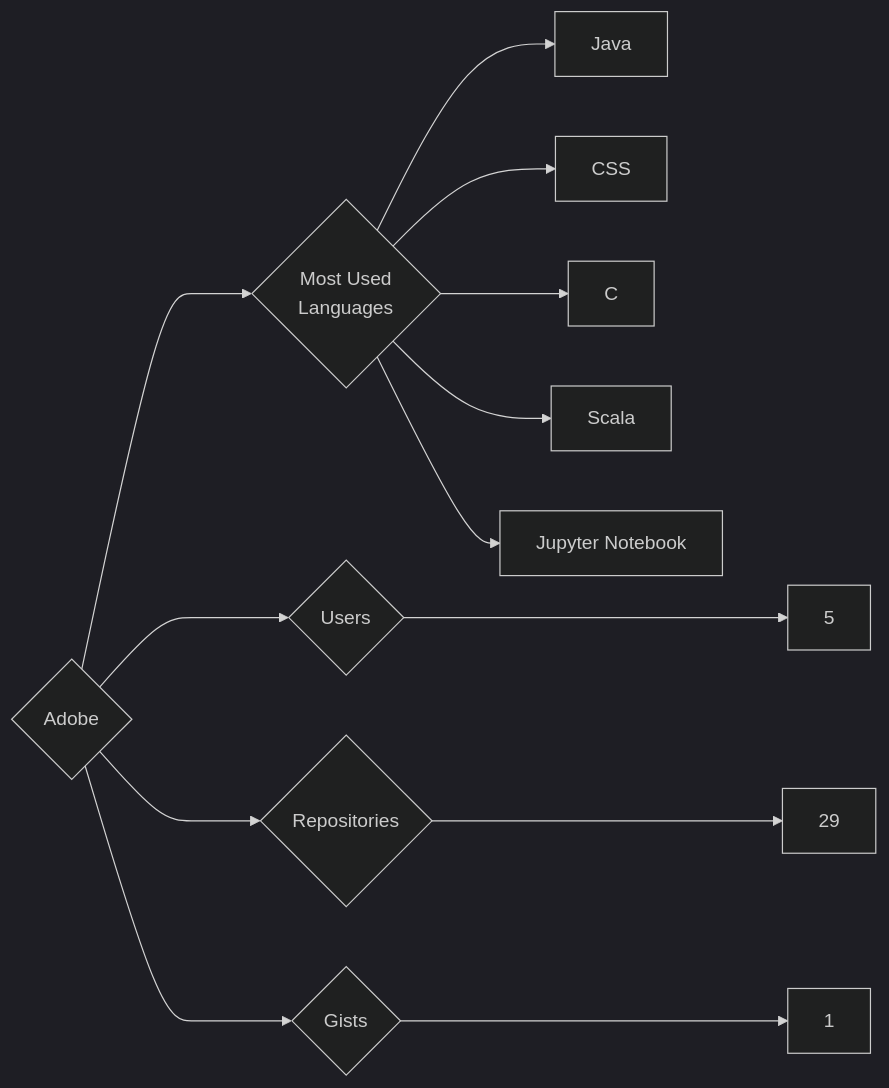
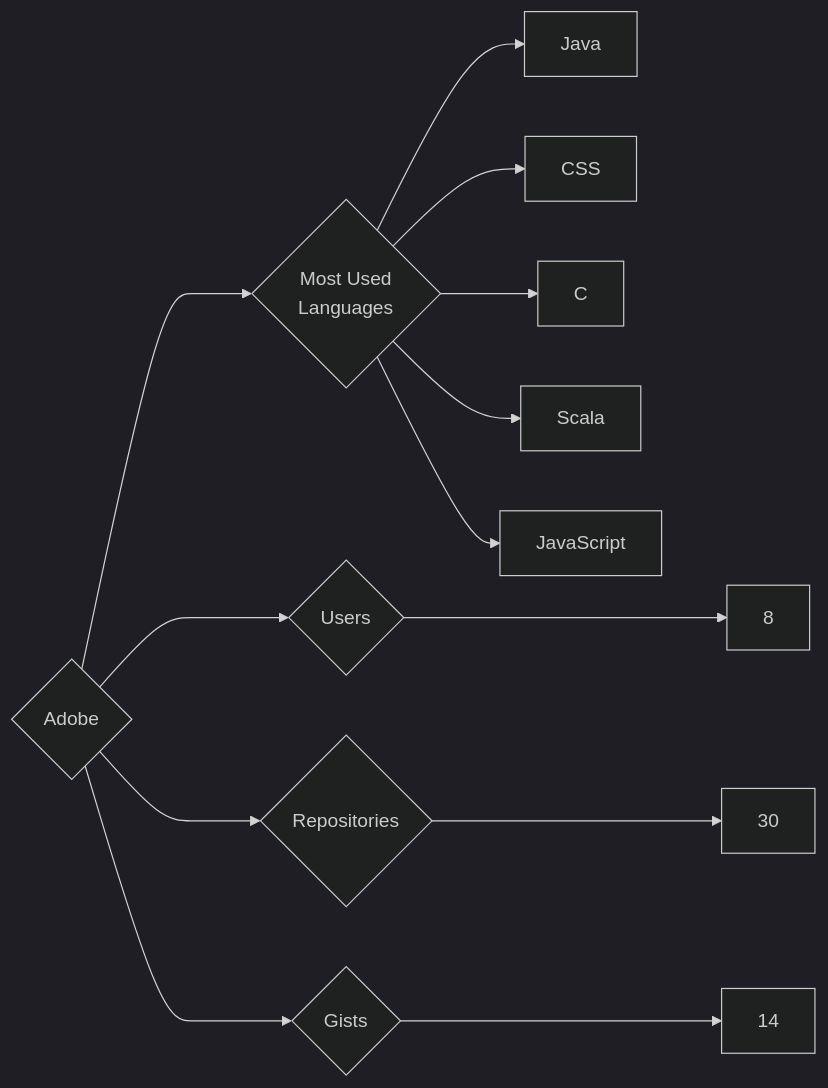
The diagram in targets/Adobe/README.md (trickest/insiders), drawn with Mermaid (dark theme) before and after one commit. The commit also changed 1092 other files, not shown here.

````diff
--- a/targets/Adobe/README.md
+++ b/targets/Adobe/README.md
@@ -3,13 +3,13 @@
 ```mermaid
 graph LR
 COMPANY_NAME{Adobe}
-COMPANY_NAME ---> U{Users} ---> UN[5]
-COMPANY_NAME ---> R{Repositories} ---> RN[29]
-COMPANY_NAME ---> G{Gists} ---> GN[1]
+COMPANY_NAME ---> U{Users} ---> UN[8]
+COMPANY_NAME ---> R{Repositories} ---> RN[30]
+COMPANY_NAME ---> G{Gists} ---> GN[14]
 COMPANY_NAME ---> ML{Most Used<br>Languages}
 ML --> Java[Java]
 ML --> CSS[CSS]
 ML --> C[C]
 ML --> Scala[Scala]
-ML --> Jupyter_Notebook[Jupyter Notebook]
+ML --> JavaScript[JavaScript]
 ```
````
